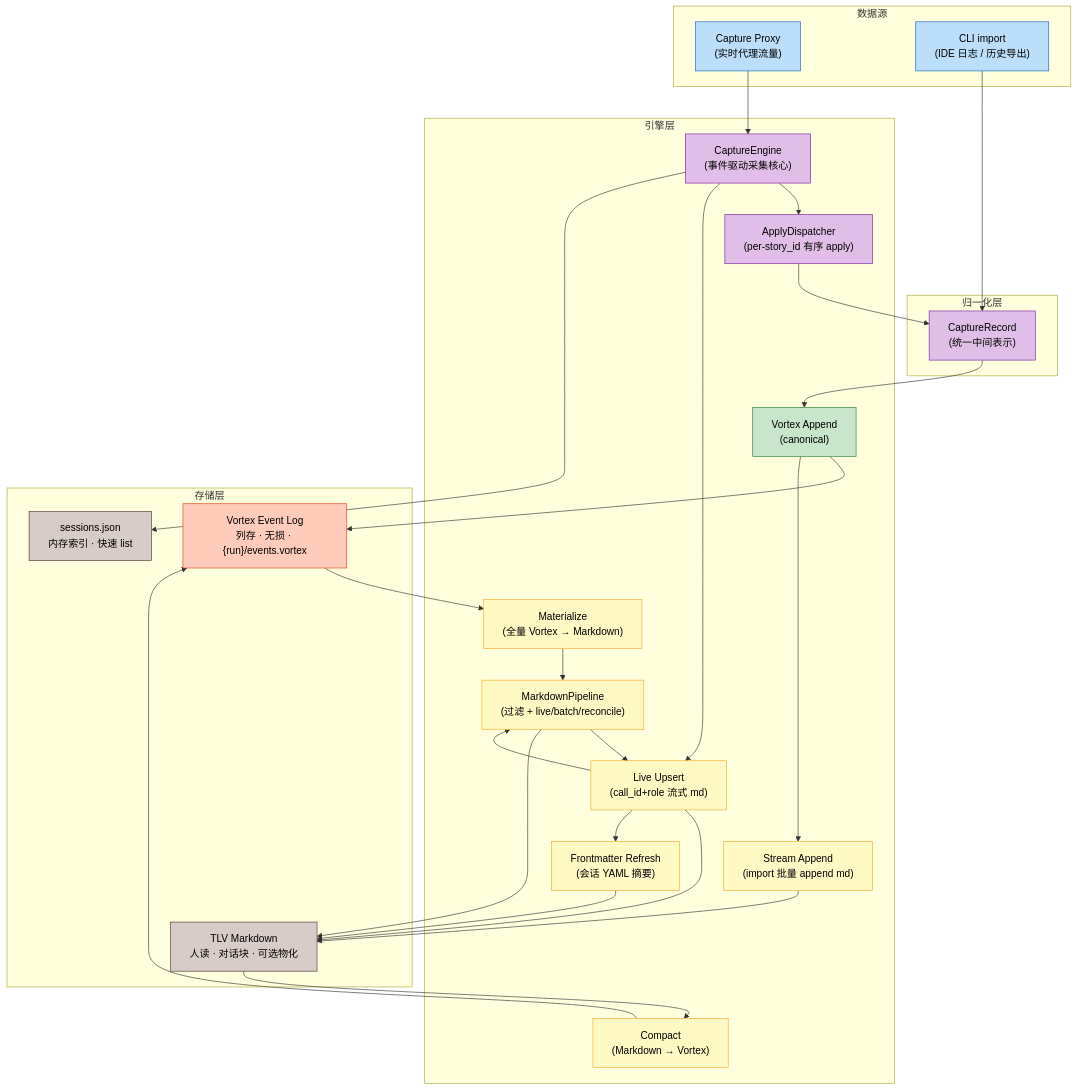
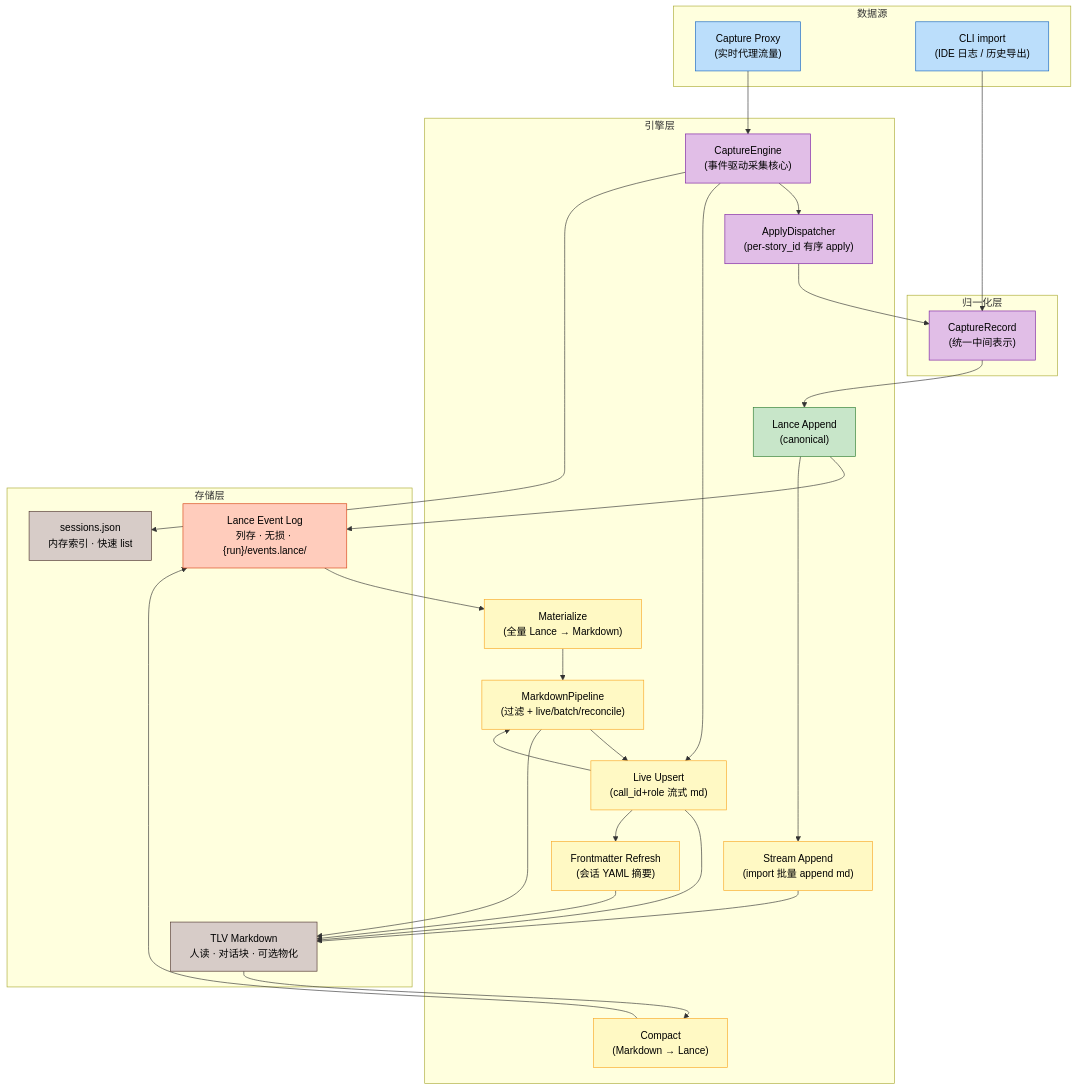
One commit to DeepLink-org/Persisting changed the first of 6 diagrams in docs/src/design/trajectory.md. Above: the diagram before and after it, drawn with Mermaid. The commit also changed other lines of this file and 83 other files, not shown here.

First line of the commit message:
Refactor persisting-capture to replace Vortex references with Lance

````diff
--- a/docs/src/design/trajectory.md
+++ b/docs/src/design/trajectory.md
@@ -23,57 +23,57 @@
 ```mermaid
 graph TD
     subgraph "数据源"
         S1["Capture Proxy<br/>(实时代理流量)"]:::accent1
         S2["CLI import<br/>(IDE 日志 / 历史导出)"]:::accent1
     end
 
     subgraph "归一化层"
         N["CaptureRecord<br/>(统一中间表示)"]:::accent0
     end
 
     subgraph "引擎层"
         CE["CaptureEngine<br/>(事件驱动采集核心)"]:::accent0
         AQ["ApplyDispatcher<br/>(per-story_id 有序 apply)"]:::accent0
         MP["MarkdownPipeline<br/>(过滤 + live/batch/reconcile)"]:::accent3
-        E1["Vortex Append<br/>(canonical)"]:::accent2
-        E2["Materialize<br/>(全量 Vortex → Markdown)"]:::accent3
+        E1["Lance Append<br/>(canonical)"]:::accent2
+        E2["Materialize<br/>(全量 Lance → Markdown)"]:::accent3
         E3["Live Upsert<br/>(call_id+role 流式 md)"]:::accent3
         E3b["Frontmatter Refresh<br/>(会话 YAML 摘要)"]:::accent3
         E4["Stream Append<br/>(import 批量 append md)"]:::accent3
-        E5["Compact<br/>(Markdown → Vortex)"]:::accent3
+        E5["Compact<br/>(Markdown → Lance)"]:::accent3
     end
 
     subgraph "存储层"
-        L1["Vortex Event Log<br/>列存 · 无损 · {run}/events.vortex"]:::accent4
+        L1["Lance Event Log<br/>列存 · 无损 · {run}/events.lance/"]:::accent4
         L2["TLV Markdown<br/>人读 · 对话块 · 可选物化"]:::accent5
         L3["sessions.json<br/>内存索引 · 快速 list"]:::accent5
     end
 
     S1 --> CE
     S2 --> N
     N --> E1
     CE --> AQ
     AQ --> N
     CE --> E3
     E3 --> MP
     MP --> E3
     E1 --> L1
     E3 --> L2
     E3 --> E3b
     E3b --> L2
     E1 --> E4
     E4 --> L2
     L1 --> E2
     E2 --> MP
     MP --> L2
     L2 --> E5
     E5 --> L1
     CE --> L3
 
     classDef accent0 fill:#e1bee7,stroke:#7b1fa2,color:#000
     classDef accent1 fill:#bbdefb,stroke:#1565c0,color:#000
     classDef accent2 fill:#c8e6c9,stroke:#2e7d32,color:#000
     classDef accent3 fill:#fff9c4,stroke:#f9a825,color:#000
     classDef accent4 fill:#ffccbc,stroke:#d84315,color:#000
     classDef accent5 fill:#d7ccc8,stroke:#4e342e,color:#000
 ```
````
